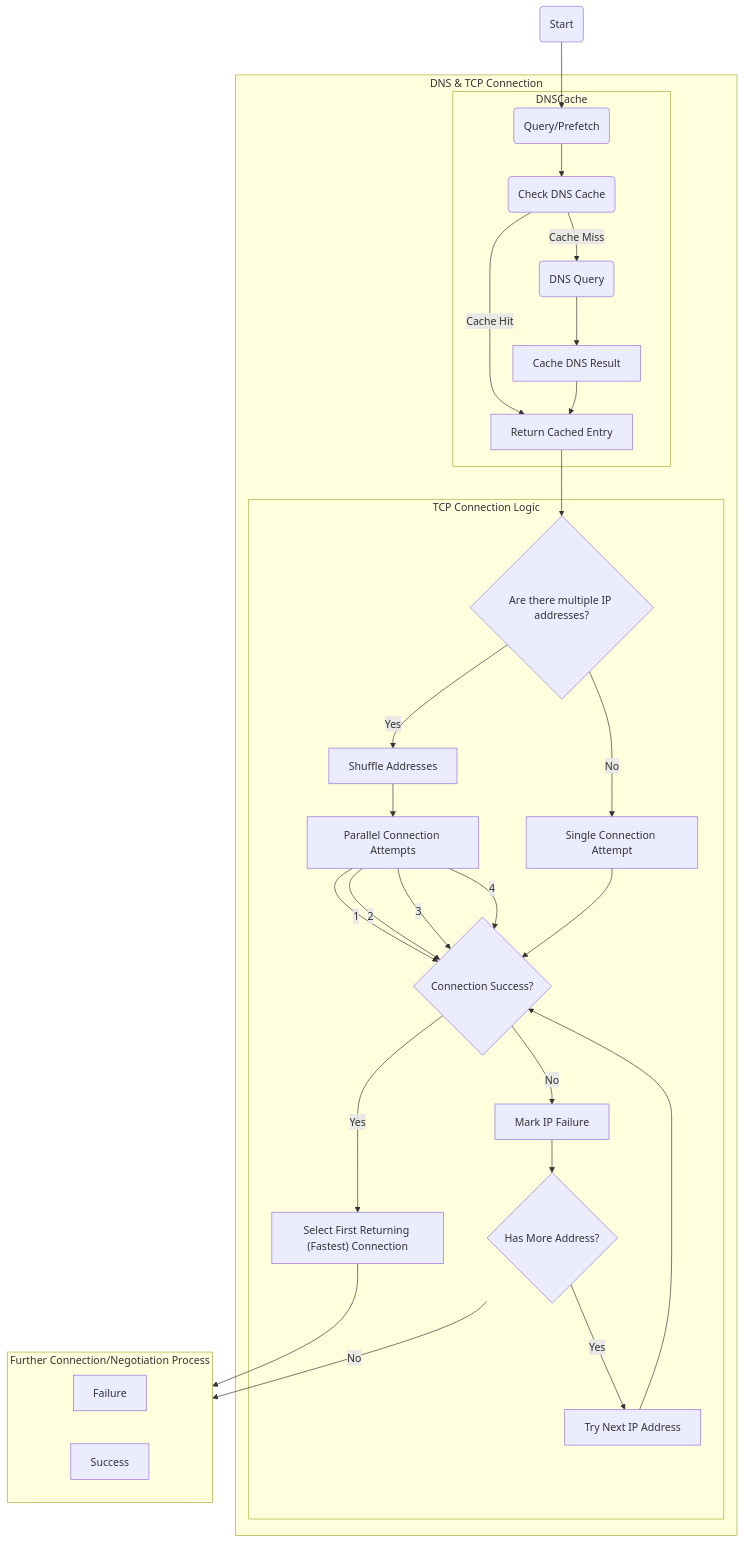
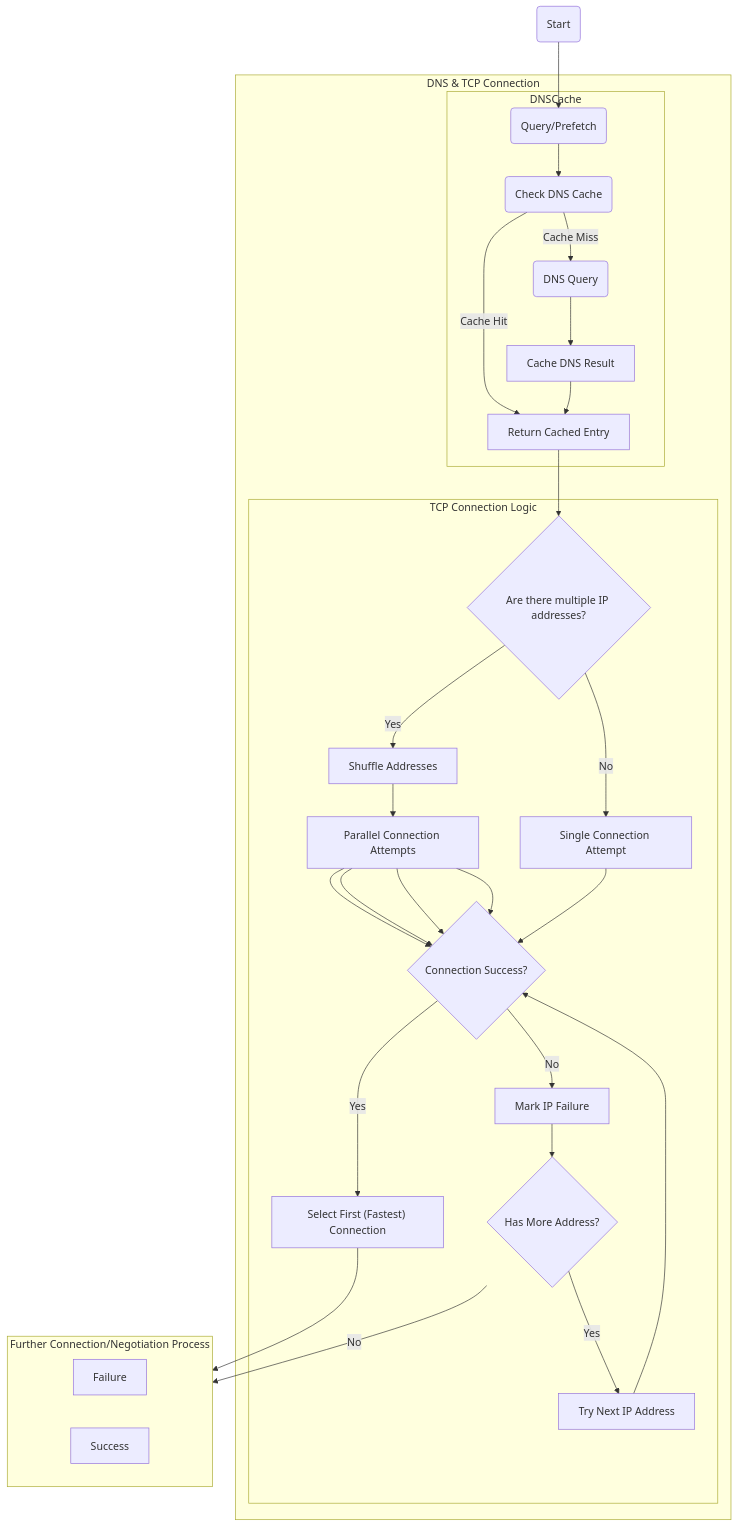
One commit to Benedicht/com.tivadar.best.documentation changed the diagram in docs/Shared/connections/racing.md. Above: the diagram before and after it, drawn with Mermaid. The commit also changed 1 other file, not shown here.

Commit message:
Added more insight to the DNS cache

````diff
--- a/docs/Shared/connections/racing.md
+++ b/docs/Shared/connections/racing.md
@@ -22,43 +22,43 @@
 ```mermaid
 graph TD
     Start(Start)
     Start --> A
 
     subgraph _start [DNS & TCP Connection]
 
         subgraph DNS [DNSCache]
             A(Query/Prefetch) --> B(Check DNS Cache)
             B -->|Cache Hit| L[Return Cached Entry]
             B -->|Cache Miss| C(DNS Query)
             C --> D[Cache DNS Result]
             D --> L[Return Cached Entry]
         end
 
         subgraph Connect [TCP Connection Logic]
             F{Are there multiple IP addresses?} -->|Yes| M
             M[Shuffle Addresses] --> G
             F -->|No| H[Single Connection Attempt]
-            G[Parallel Connection Attempts] -->|1| Q
-            G[Parallel Connection Attempts] -->|2| Q
-            G[Parallel Connection Attempts] -->|3| Q
-            G[Parallel Connection Attempts] -->|4| Q
+            G[Parallel Connection Attempts] --> Q
+            G[Parallel Connection Attempts] --> Q
+            G[Parallel Connection Attempts] --> Q
+            G[Parallel Connection Attempts] --> Q
             Q{"Connection Success?"} -->|Yes| J
             Q -->|No| K
             N{Has More Address?} -->|Yes| I
             H --> Q
-            J["Select First Returning (Fastest) Connection"]
+            J["Select First (Fastest) Connection"]
             K[Mark IP Failure] --> N
             I[Try Next IP Address] --> Q
         end
 
     end
 
     L --> F
     J --> NEG
     N -->|No| NEG
     
     subgraph NEG ["Further Connection/Negotiation Process"]
         Failure
         Success
     end
 ```
````
